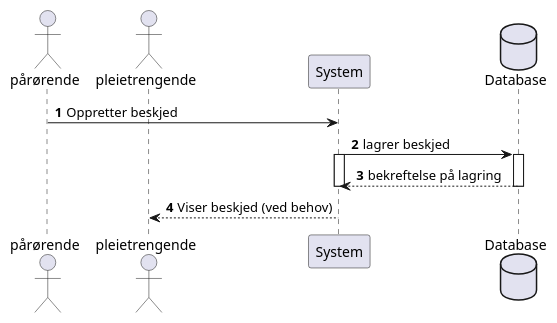
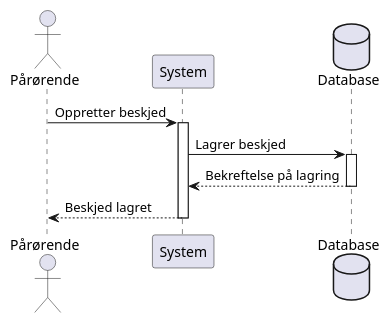
Before and after one commit to EvryShadeofBlue/SET-utiviklingsprosjekt-Gruppe5: the diagram in Diagram/beskjeder.puml, drawn with PlantUML.

Commit message:
changed the sequence diagram for creating a beskjed

```diff
--- a/Diagram/beskjeder.puml
+++ b/Diagram/beskjeder.puml
@@ -1,23 +1,17 @@
 @startuml
-'https://plantuml.com/sequence-diagram
+'autonumber
 
-autonumber
-
-actor pårørende
-actor pleietrengende
+actor Pårørende as parorende
 participant System as system
 database Database as db
 
-pårørende -> system: Oppretter beskjed
-
-
-system -> db: lagrer beskjed
+parorende -> system: Oppretter beskjed
 activate system
+system -> db: Lagrer beskjed
 activate db
-db --> system: bekreftelse på lagring
+db --> system: Bekreftelse på lagring
+deactivate db
+system --> parorende: Beskjed lagret
 deactivate system
-deactivate db
-
-system --> pleietrengende: Viser beskjed (ved behov)
 
 @enduml
```
